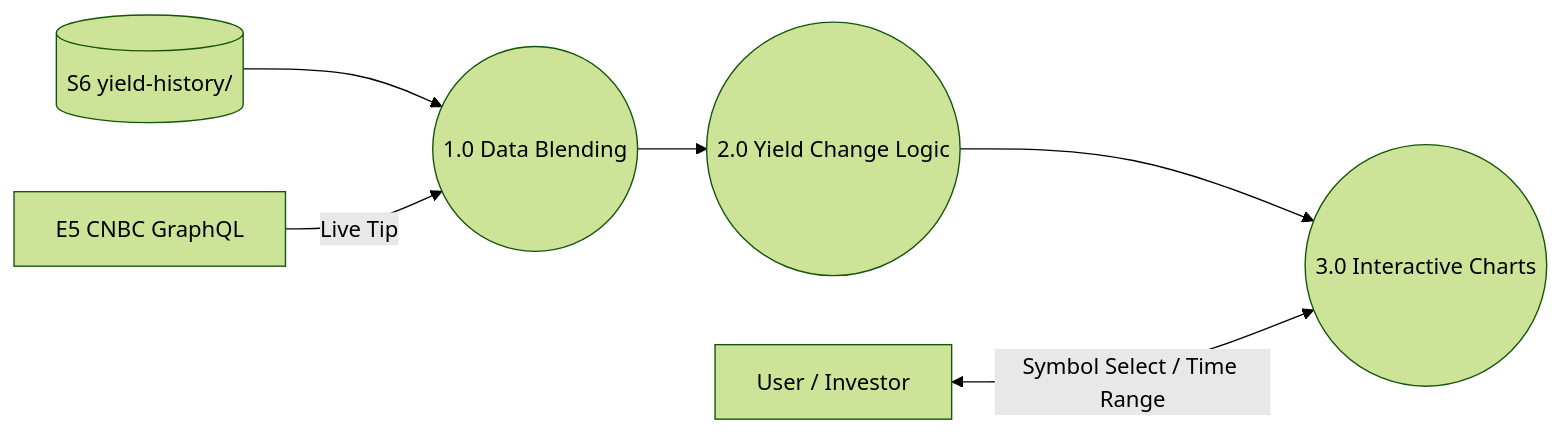
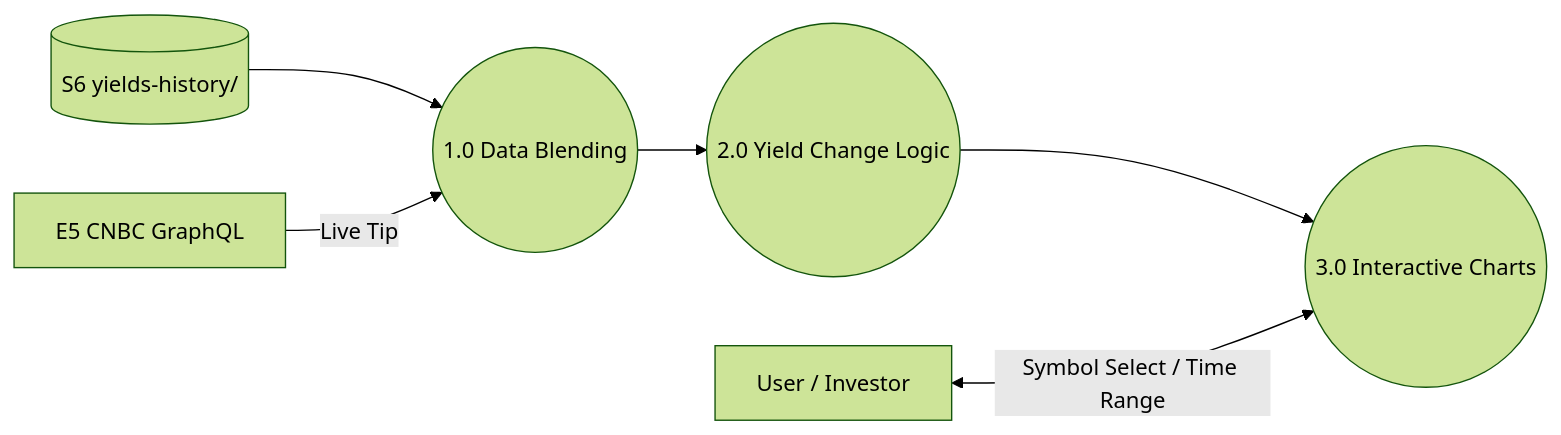
Before and after one commit to aerokam/Treasuries: the diagram in knowledge/YieldsMonitor.md, drawn with Mermaid (forest theme). The commit also changed other lines of this file and 21 other files, not shown here.

````diff
--- a/knowledge/YieldsMonitor.md
+++ b/knowledge/YieldsMonitor.md
@@ -9,31 +9,31 @@
 ```mermaid
 graph LR
     %% Data Stores (S)
-    S6[(S6 yield-history/)]
+    S6[(S6 yields-history/)]
     E5[E5 CNBC GraphQL]
 
     %% Processes (P)
     P1((1.0 Data Blending))
     P2((2.0 Yield Change Logic))
     P3((3.0 Interactive Charts))
 
     %% User (E)
     U[User / Investor]
 
     %% Inbound Data
     S6 --> P1
     E5 -->|Live Tip| P1
     
     %% Internal Flows
     P1 --> P2
     P2 --> P3
     
     %% User Interaction
     U <-->|Symbol Select / Time Range| P3
 
     %% Links to Specs
     click P1 "#/md/YieldsMonitor/knowledge/1.0_Operation.md#data-blending-the-live-tip" "View Blending Logic"
     click P2 "#/md/YieldsMonitor/knowledge/1.0_Operation.md#20-yield-change-logic" "View Change Logic"
     click P3 "#/md/YieldsMonitor/knowledge/1.0_Operation.md#30-interactive-visualization" "View UI Specs"
     click S6 "#/md/knowledge/DataStores.md#s6" "View Schema"
 ```
````
